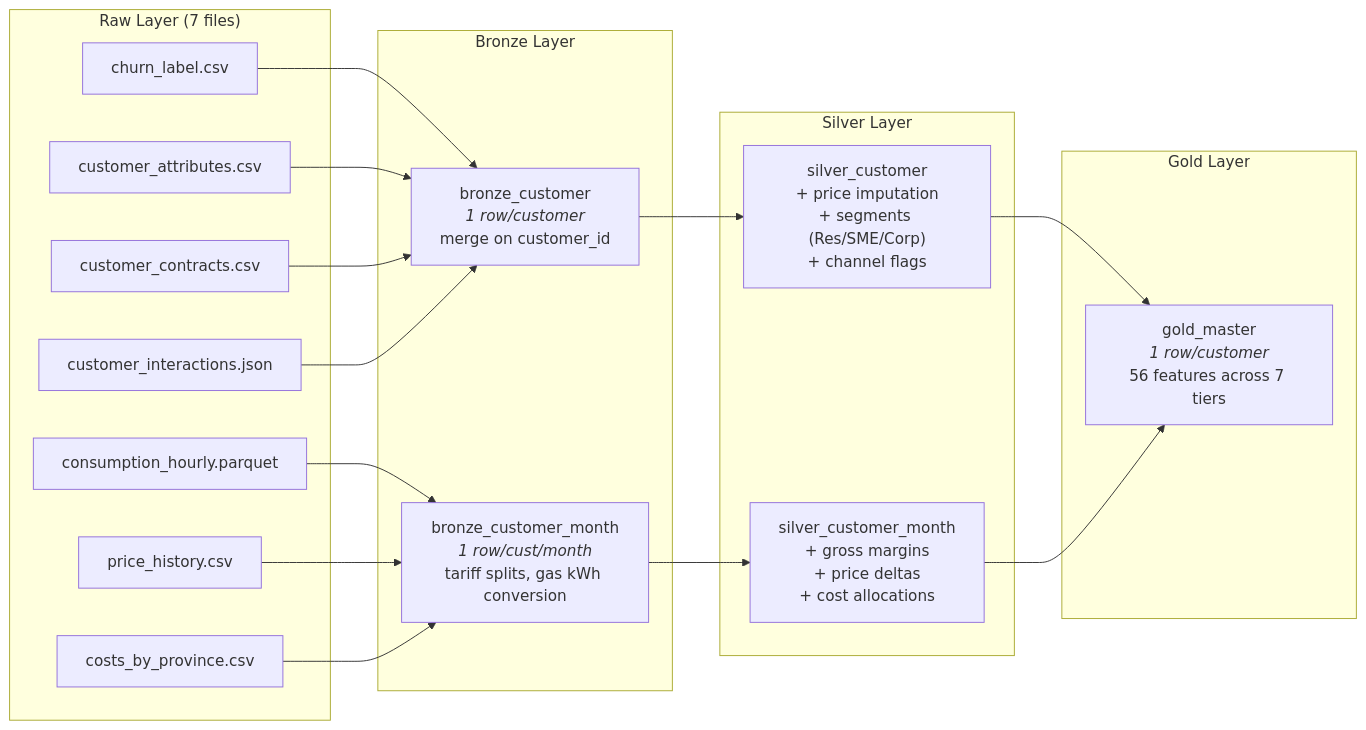
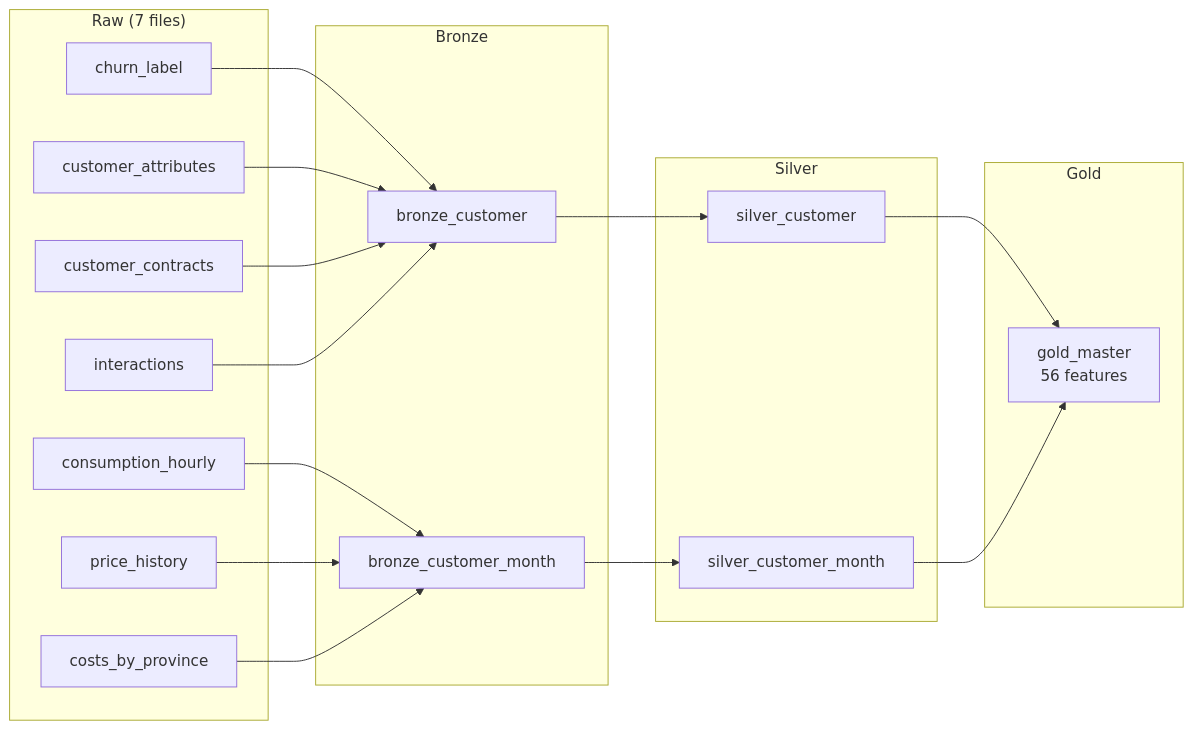
The second of 8 diagrams in README.md (rawad-yared/bcgx-spanishgas-g1), drawn with Mermaid before and after one commit. The commit also changed other lines of this file, not shown here.

First line of the commit message:
Shorten Mermaid diagram labels to prevent text clipping

````diff
--- a/README.md
+++ b/README.md
@@ -130,32 +130,32 @@
 ```mermaid
 graph LR
-    subgraph RAW["Raw Layer (7 files)"]
-        CL["churn_label.csv"]
-        CA["customer_attributes.csv"]
-        CC["customer_contracts.csv"]
-        CI["customer_interactions.json"]
-        CH["consumption_hourly.parquet"]
-        PH["price_history.csv"]
-        CP["costs_by_province.csv"]
+    subgraph RAW["Raw (7 files)"]
+        CL["churn_label"]
+        CA["customer_attributes"]
+        CC["customer_contracts"]
+        CI["interactions"]
+        CH["consumption_hourly"]
+        PH["price_history"]
+        CP["costs_by_province"]
     end
 
-    subgraph BRONZE["Bronze Layer"]
-        BC["bronze_customer<br/><i>1 row/customer</i><br/>merge on customer_id"]
-        BCM["bronze_customer_month<br/><i>1 row/cust/month</i><br/>tariff splits, gas kWh conversion"]
+    subgraph BRONZE["Bronze"]
+        BC["bronze_customer"]
+        BCM["bronze_customer_month"]
     end
 
-    subgraph SILVER["Silver Layer"]
-        SC["silver_customer<br/>+ price imputation<br/>+ segments (Res/SME/Corp)<br/>+ channel flags"]
-        SCM["silver_customer_month<br/>+ gross margins<br/>+ price deltas<br/>+ cost allocations"]
+    subgraph SILVER["Silver"]
+        SC["silver_customer"]
+        SCM["silver_customer_month"]
     end
 
-    subgraph GOLD["Gold Layer"]
-        GM["gold_master<br/><i>1 row/customer</i><br/>56 features across 7 tiers"]
+    subgraph GOLD["Gold"]
+        GM["gold_master<br/>56 features"]
     end
 
     CL & CA & CC & CI --> BC
     CH & PH & CP --> BCM
     BC --> SC
     BCM --> SCM
     SC & SCM --> GM
 ```
````
